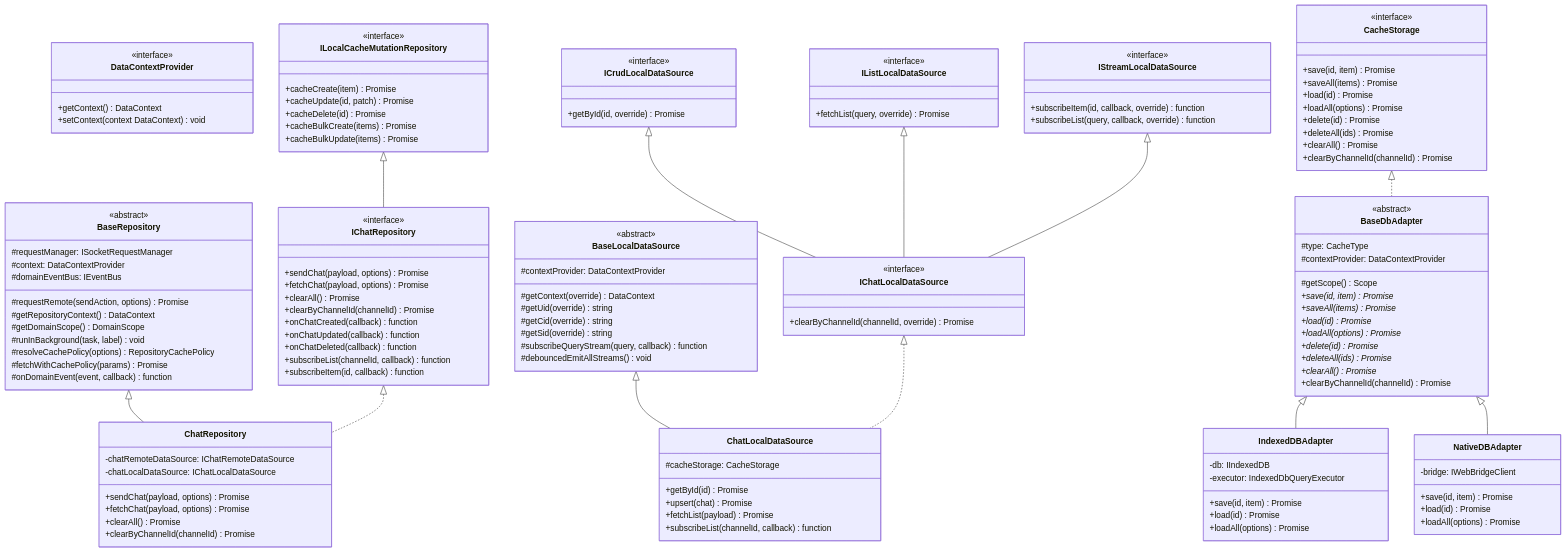
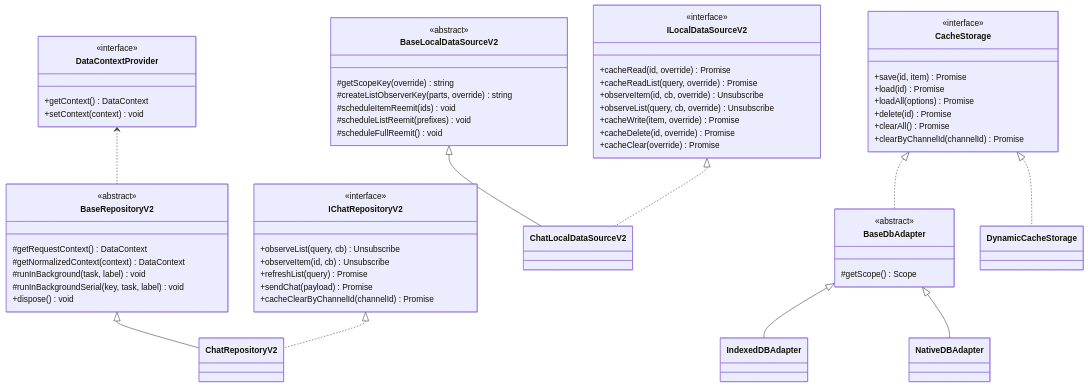
Before and after one commit to lemoncloud-io/dou-app: the second of 5 diagrams in libs/data/README.md, drawn with Mermaid. The commit also changed other lines of this file, not shown here.

First line of the commit message:
docs: update README for @chatic/data module

````diff
--- a/libs/data/README.md
+++ b/libs/data/README.md
@@ -70,158 +71,77 @@
 ```mermaid
 classDiagram
-    %% -----------------------------------------
-    %% 1. Repository Layer Classes
-    %% -----------------------------------------
     class DataContextProvider {
         <<interface>>
         +getContext() DataContext
-        +setContext(context DataContext) void
+        +setContext(context) void
     }
 
-    class BaseRepository {
+    class BaseRepositoryV2 {
         <<abstract>>
-        #requestManager: ISocketRequestManager
-        #context: DataContextProvider
-        #domainEventBus: IEventBus
-        #requestRemote(sendAction, options) Promise
-        #getRepositoryContext() DataContext
-        #getDomainScope() DomainScope
+        #getRequestContext() DataContext
+        #getNormalizedContext(context) DataContext
         #runInBackground(task, label) void
-        #resolveCachePolicy(options) RepositoryCachePolicy
-        #fetchWithCachePolicy(params) Promise
-        #onDomainEvent(event, callback) function
+        #runInBackgroundSerial(key, task, label) void
+        +dispose() void
     }
 
-    class ILocalCacheMutationRepository {
+    class IChatRepositoryV2 {
         <<interface>>
-        +cacheCreate(item) Promise
-        +cacheUpdate(id, patch) Promise
-        +cacheDelete(id) Promise
-        +cacheBulkCreate(items) Promise
-        +cacheBulkUpdate(items) Promise
+        +observeList(query, cb) Unsubscribe
+        +observeItem(id, cb) Unsubscribe
+        +refreshList(query) Promise
+        +sendChat(payload) Promise
+        +cacheClearByChannelId(channelId) Promise
+    }
+    class ChatRepositoryV2
+
+    BaseRepositoryV2 <|-- ChatRepositoryV2
+    IChatRepositoryV2 <|.. ChatRepositoryV2
+    DataContextProvider <.. BaseRepositoryV2
+
+    class ILocalDataSourceV2 {
+        <<interface>>
+        +cacheRead(id, override) Promise
+        +cacheReadList(query, override) Promise
+        +observeItem(id, cb, override) Unsubscribe
+        +observeList(query, cb, override) Unsubscribe
+        +cacheWrite(item, override) Promise
+        +cacheDelete(id, override) Promise
+        +cacheClear(override) Promise
     }
 
-    class IChatRepository {
+    class BaseLocalDataSourceV2 {
+        <<abstract>>
+        #getScopeKey(override) string
+        #createListObserverKey(parts, override) string
+        #scheduleItemReemit(ids) void
+        #scheduleListReemit(prefixes) void
+        #scheduleFullReemit() void
+    }
+    class ChatLocalDataSourceV2
+
+    BaseLocalDataSourceV2 <|-- ChatLocalDataSourceV2
+    ILocalDataSourceV2 <|.. ChatLocalDataSourceV2
+
+    class CacheStorage {
         <<interface>>
-        +sendChat(payload, options) Promise
-        +fetchChat(payload, options) Promise
-        +clearAll() Promise
-        +clearByChannelId(channelId) Promise
-        +onChatCreated(callback) function
-        +onChatUpdated(callback) function
-        +onChatDeleted(callback) function
-        +subscribeList(channelId, callback) function
-        +subscribeItem(id, callback) function
-    }
-
-    class ChatRepository {
-        -chatRemoteDataSource: IChatRemoteDataSource
-        -chatLocalDataSource: IChatLocalDataSource
-        +sendChat(payload, options) Promise
-        +fetchChat(payload, options) Promise
+        +save(id, item) Promise
+        +load(id) Promise
+        +loadAll(options) Promise
+        +delete(id) Promise
         +clearAll() Promise
         +clearByChannelId(channelId) Promise
     }
-
-    BaseRepository <|-- ChatRepository
-    ILocalCacheMutationRepository <|-- IChatRepository
-    IChatRepository <|.. ChatRepository
-
-    %% -----------------------------------------
-    %% 2. Local Data Source Layer Classes
-    %% -----------------------------------------
-    class BaseLocalDataSource {
-        <<abstract>>
-        #contextProvider: DataContextProvider
-        #getContext(override) DataContext
-        #getUid(override) string
-        #getCid(override) string
-        #getSid(override) string
-        #subscribeQueryStream(query, callback) function
-        #debouncedEmitAllStreams() void
-    }
-
-    class ICrudLocalDataSource {
-        <<interface>>
-        +getById(id, override) Promise
-    }
-
-    class IListLocalDataSource {
-        <<interface>>
-        +fetchList(query, override) Promise
-    }
-
-    class IStreamLocalDataSource {
-        <<interface>>
-        +subscribeItem(id, callback, override) function
-        +subscribeList(query, callback, override) function
-    }
-
-    class IChatLocalDataSource {
-        <<interface>>
-        +clearByChannelId(channelId, override) Promise
-    }
-
-    class ChatLocalDataSource {
-        #cacheStorage: CacheStorage
-        +getById(id) Promise
-        +upsert(chat) Promise
-        +fetchList(payload) Promise
-        +subscribeList(channelId, callback) function
-    }
-
-    ICrudLocalDataSource <|-- IChatLocalDataSource
-    IListLocalDataSource <|-- IChatLocalDataSource
-    IStreamLocalDataSource <|-- IChatLocalDataSource
-    BaseLocalDataSource <|-- ChatLocalDataSource
-    IChatLocalDataSource <|.. ChatLocalDataSource
-
-    %% -----------------------------------------
-    %% 3. DB Adapter & Storages Layer Classes
-    %% -----------------------------------------
-    class CacheStorage {
-        <<interface>>
-        +save(id, item) Promise
-        +saveAll(items) Promise
-        +load(id) Promise
-        +loadAll(options) Promise
-        +delete(id) Promise
-        +deleteAll(ids) Promise
-        +clearAll() Promise
-        +clearByChannelId(channelId) Promise
-    }
-
     class BaseDbAdapter {
         <<abstract>>
-        #type: CacheType
-        #contextProvider: DataContextProvider
         #getScope() Scope
-        +save(id, item)* Promise
-        +saveAll(items)* Promise
-        +load(id)* Promise
-        +loadAll(options)* Promise
-        +delete(id)* Promise
-        +deleteAll(ids)* Promise
-        +clearAll()* Promise
-        +clearByChannelId(channelId) Promise
     }
-
-    class IndexedDBAdapter {
-        -db: IIndexedDB
-        -executor: IndexedDbQueryExecutor
-        +save(id, item) Promise
-        +load(id) Promise
-        +loadAll(options) Promise
-    }
-
-    class NativeDBAdapter {
-        -bridge: IWebBridgeClient
-        +save(id, item) Promise
-        +load(id) Promise
-        +loadAll(options) Promise
-    }
+    class IndexedDBAdapter
+    class NativeDBAdapter
+    class DynamicCacheStorage
 
     CacheStorage <|.. BaseDbAdapter
     BaseDbAdapter <|-- IndexedDBAdapter
     BaseDbAdapter <|-- NativeDBAdapter
+    CacheStorage <|.. DynamicCacheStorage
 ```
````
